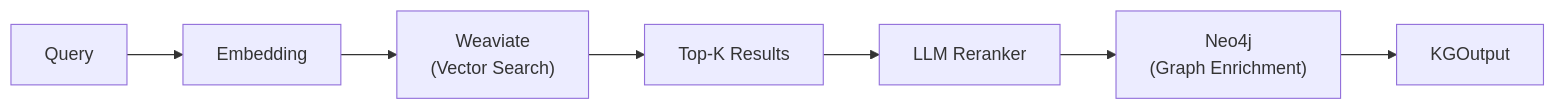
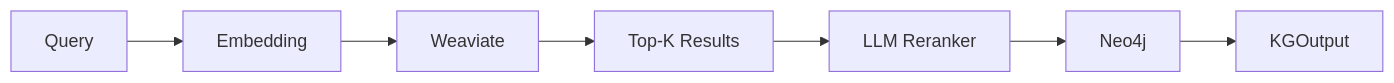
One commit to Leeroo-AI/kapso changed the first of 2 diagrams in docs/knowledge/search-backends.mdx. Above: the diagram before and after it, drawn with Mermaid. The commit also changed other lines of this file and 19 other files, not shown here.

````diff
--- a/docs/knowledge/search-backends.mdx
+++ b/docs/knowledge/search-backends.mdx
@@ -21,9 +21,9 @@
 ```mermaid
 flowchart LR
-    Q["Query"] --> E["Embedding"]
-    E --> W["Weaviate\n(Vector Search)"]
-    W --> R["Top-K Results"]
-    R --> L["LLM Reranker"]
-    L --> N["Neo4j\n(Graph Enrichment)"]
-    N --> O["KGOutput"]
+    Q[Query] --> E[Embedding]
+    E --> W[Weaviate]
+    W --> R[Top-K Results]
+    R --> L[LLM Reranker]
+    L --> N[Neo4j]
+    N --> O[KGOutput]
 ```
````
